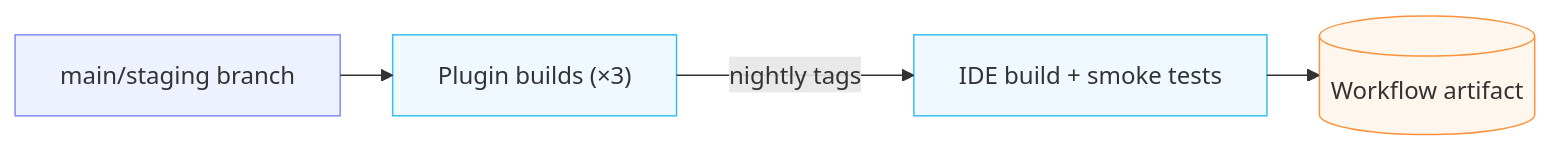
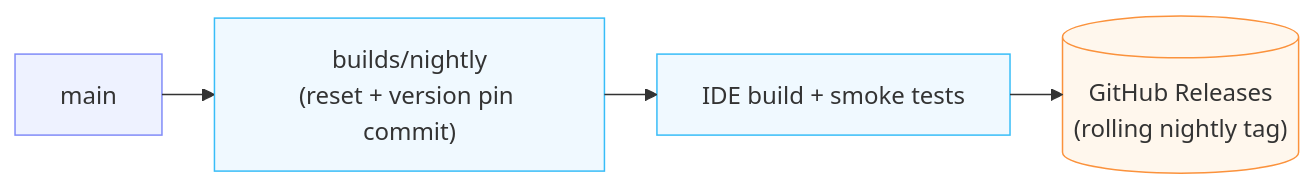
One commit to wso2/product-integrator changed the sixth of 8 diagrams in docs/cicd-pipelines.md. Above: the diagram before and after it, drawn with Mermaid. The commit also changed other lines of this file, not shown here.

Commit message:
Update CI/CD documentation along with latest workflow changes

````diff
--- a/docs/cicd-pipelines.md
+++ b/docs/cicd-pipelines.md
@@ -55,10 +110,10 @@
 ```mermaid
 %%{init: {"layout": "elk"}}%%
 graph LR
-    M["main/staging branch"]:::trigger --> PL["Plugin builds (×3)"]:::stage
-    PL -->|nightly tags| AS["IDE build + smoke tests"]:::stage
-    AS --> IA[("Workflow artifact")]:::artifact
+    M["main"]:::trigger --> NB["builds/nightly<br>(reset + version pin commit)"]:::stage
+    NB --> AS["IDE build + smoke tests"]:::stage
+    AS --> IA[("GitHub Releases<br>(rolling nightly tag)")]:::artifact
     classDef trigger stroke:#818cf8,fill:#eef2ff
     classDef stage stroke:#38bdf8,fill:#f0f9ff
     classDef artifact stroke:#fb923c,fill:#fff7ed
 ```
````
